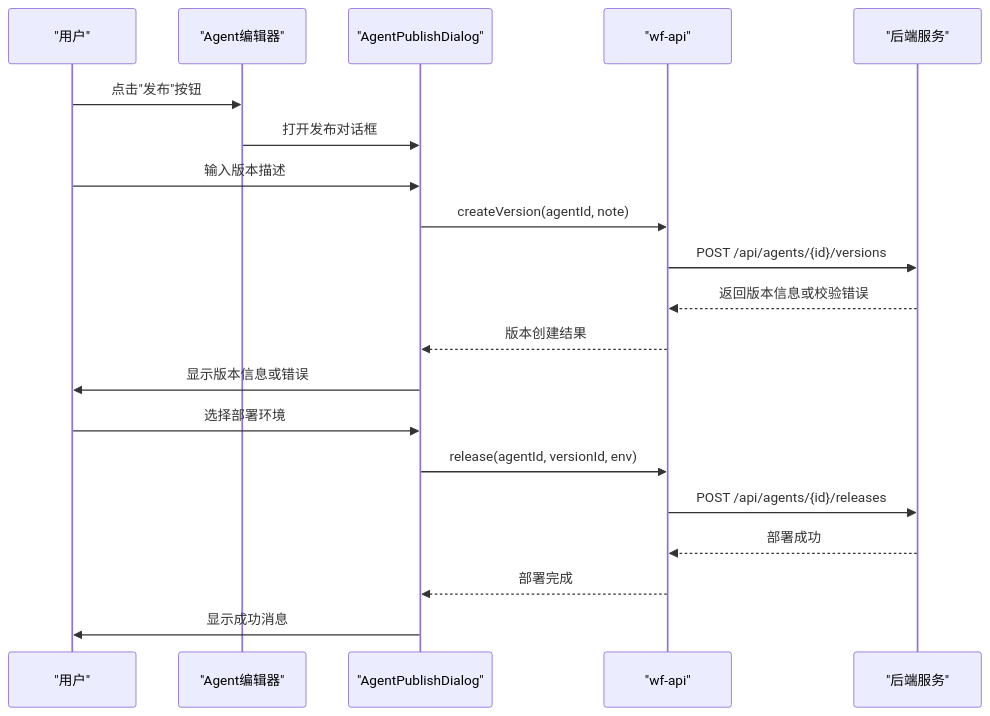
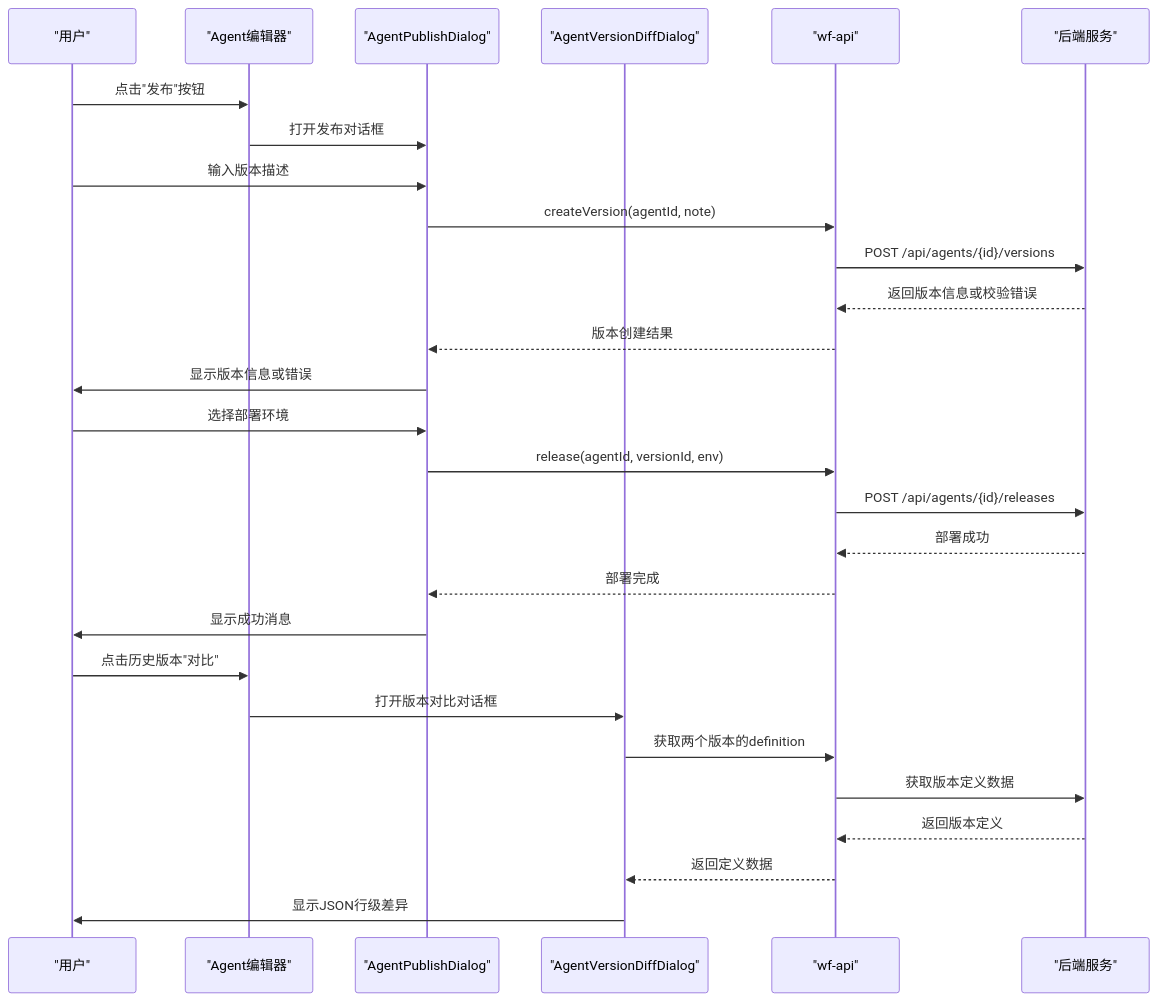
Before and after one commit to huiliuxu780/MoreThanCorn: the fourth of 10 diagrams in .qoder/repowiki/zh/content/前端架构与页面清单.md, drawn with Mermaid. The commit also changed other lines of this file and 147 other files, not shown here.

````diff
--- a/.qoder/repowiki/zh/content/前端架构与页面清单.md
+++ b/.qoder/repowiki/zh/content/前端架构与页面清单.md
@@ -317,22 +329,30 @@
 ```mermaid
 sequenceDiagram
 participant U as "用户"
 participant AD as "Agent编辑器"
 participant APD as "AgentPublishDialog"
+participant AVDD as "AgentVersionDiffDialog"
 participant API as "wf-api"
 participant S as "后端服务"
 U->>AD : 点击"发布"按钮
 AD->>APD : 打开发布对话框
 U->>APD : 输入版本描述
 APD->>API : createVersion(agentId, note)
 API->>S : POST /api/agents/{id}/versions
 S-->>API : 返回版本信息或校验错误
 API-->>APD : 版本创建结果
 APD->>U : 显示版本信息或错误
 U->>APD : 选择部署环境
 APD->>API : release(agentId, versionId, env)
 API->>S : POST /api/agents/{id}/releases
 S-->>API : 部署成功
 API-->>APD : 部署完成
 APD->>U : 显示成功消息
+U->>AD : 点击历史版本"对比"
+AD->>AVDD : 打开版本对比对话框
+AVDD->>API : 获取两个版本的definition
+API->>S : 获取版本定义数据
+S-->>API : 返回版本定义
+API-->>AVDD : 返回定义数据
+AVDD->>U : 显示JSON行级差异
 ```
````
